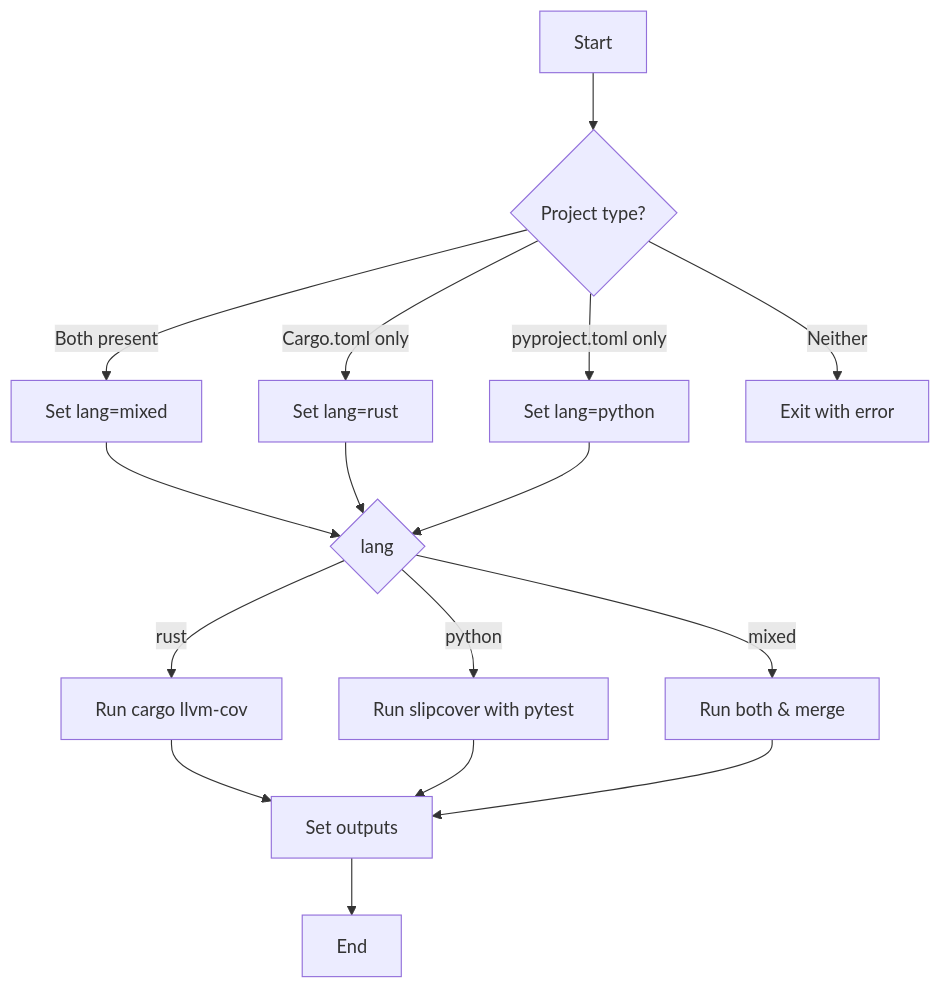
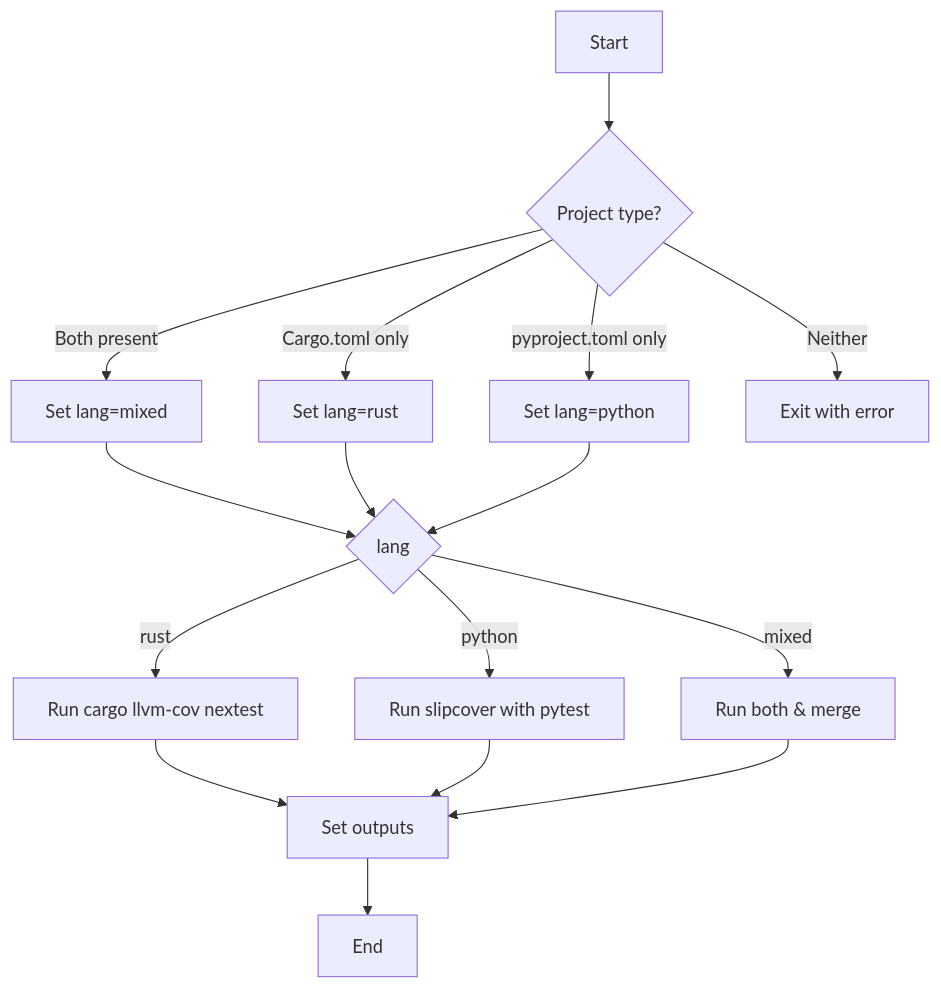
Before and after one commit to leynos/shared-actions: the diagram in .github/actions/generate-coverage/README.md, drawn with Mermaid. The commit also changed other lines of this file and 7 other files, not shown here.

First line of the commit message:
Adopt cargo nextest in generate coverage (#231)

````diff
--- a/.github/actions/generate-coverage/README.md
+++ b/.github/actions/generate-coverage/README.md
@@ -17,18 +17,18 @@
 ```mermaid
 flowchart TD
     A[Start] --> B{Project type?}
     B -- Both present --> C[Set lang=mixed]
     B -- Cargo.toml only --> D[Set lang=rust]
     B -- pyproject.toml only --> E[Set lang=python]
     B -- Neither --> F[Exit with error]
     C --> G{lang}
     D --> G
     E --> G
-    G -- rust --> H[Run cargo llvm-cov]
+    G -- rust --> H[Run cargo llvm-cov nextest]
     G -- python --> I[Run slipcover with pytest]
     G -- mixed --> J[Run both & merge]
     H --> K[Set outputs]
     I --> K
     J --> K
     K --> L[End]
 ```
````
